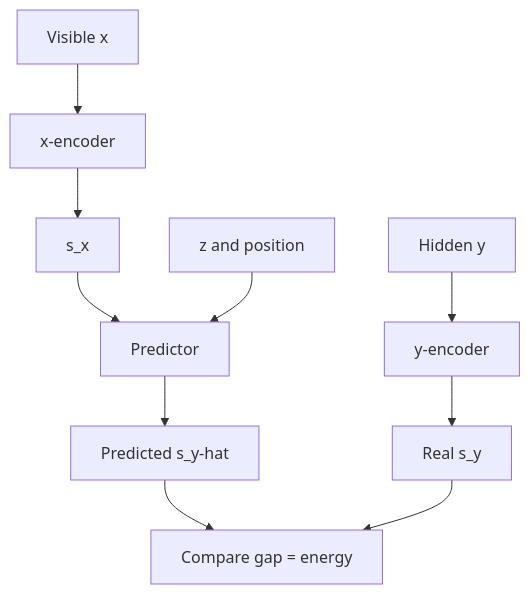
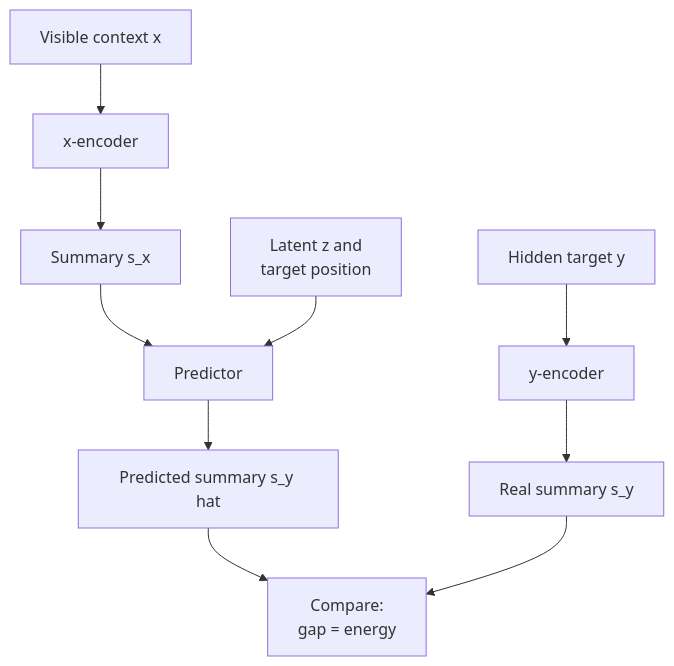
Before and after one commit to kaisarnajar/outcome-school-blogs: the first of 3 diagrams in notes/step-17-frontier-ideas-in-ai/219-joint-embedding-predictive-architecture-jepa.md, drawn with Mermaid. The commit also changed other lines of this file and 233 other files, not shown here.

````diff
--- a/notes/step-17-frontier-ideas-in-ai/219-joint-embedding-predictive-architecture-jepa.md
+++ b/notes/step-17-frontier-ideas-in-ai/219-joint-embedding-predictive-architecture-jepa.md
@@ -36,12 +59,12 @@
 ```mermaid
 flowchart TD
-    X["Visible x"] --> XE["x-encoder"]
-    XE --> SX["s_x"]
-    SX --> P["Predictor"]
-    Z["z and position"] --> P
-    P --> SH["Predicted s_y-hat"]
-    Y["Hidden y"] --> YE["y-encoder"]
-    YE --> SY["Real s_y"]
-    SH --> C["Compare gap = energy"]
-    SY --> C
+  X1["Visible context x"] --> XE["x-encoder"]
+  XE --> SX["Summary s_x"]
+  SX --> PR["Predictor"]
+  ZP["Latent z and<br/>target position"] --> PR
+  PR --> SH["Predicted summary s_y hat"]
+  Y1["Hidden target y"] --> YE["y-encoder"]
+  YE --> SY["Real summary s_y"]
+  SH --> CMP["Compare:<br/>gap = energy"]
+  SY --> CMP
 ```
````
